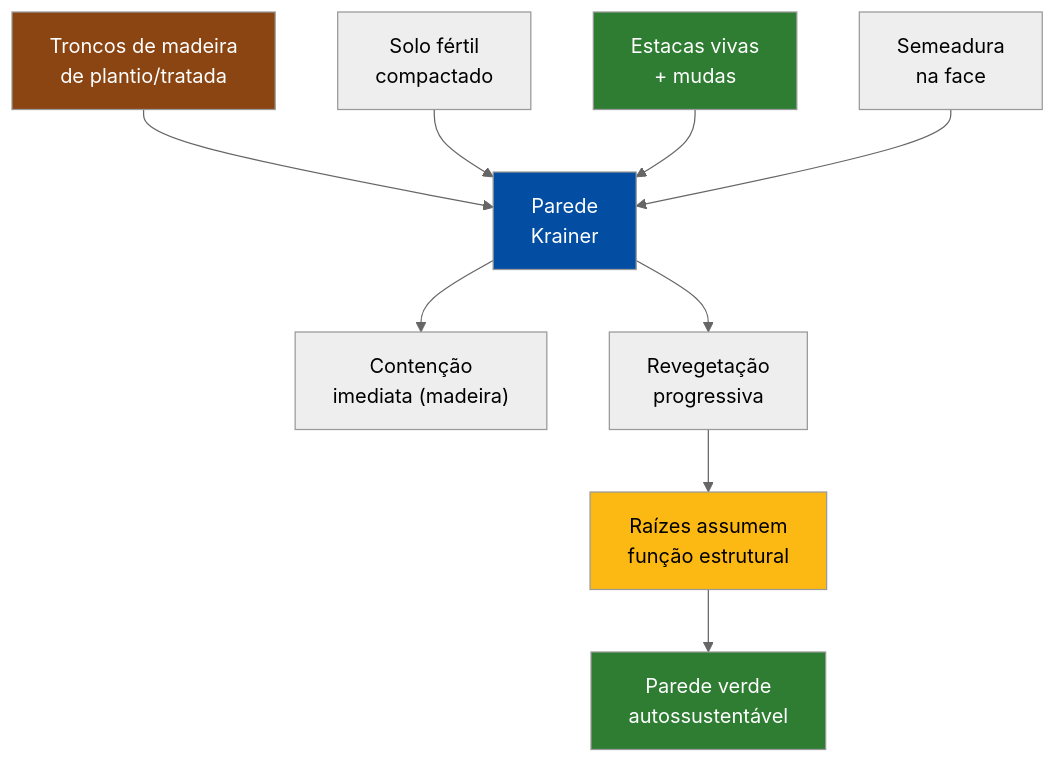
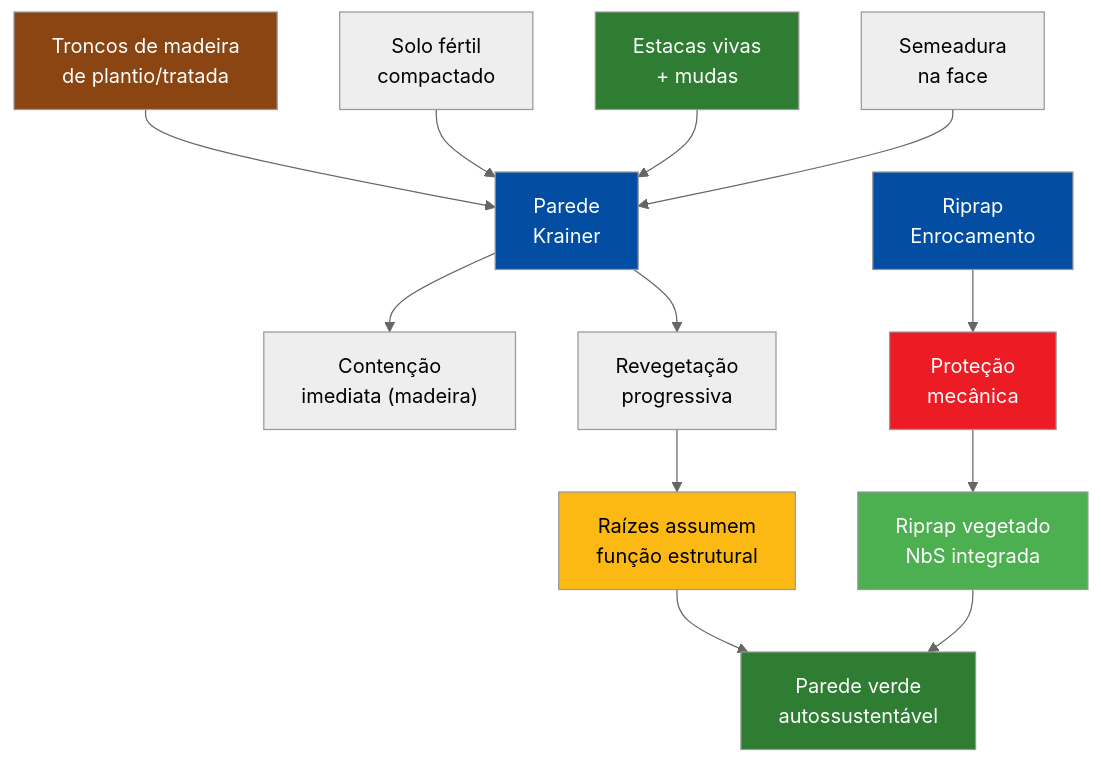
One commit to ldvsantos/cv changed the seventh of 7 diagrams in aulas/bioengenharia_de_solos/aulas/aula16_parede_krainer/aula16_parede_krainer.qmd. Above: the diagram before and after it, drawn with Mermaid (neutral theme). The commit also changed other lines of this file and 4 other files, not shown here.

````diff
--- a/aulas/bioengenharia_de_solos/aulas/aula16_parede_krainer/aula16_parede_krainer.qmd
+++ b/aulas/bioengenharia_de_solos/aulas/aula16_parede_krainer/aula16_parede_krainer.qmd
@@ -609,17 +908,23 @@
 ```{mermaid}
 %%| fig-width: 5
 graph TD
     A["Troncos de madeira<br>de plantio/tratada"] --> E["Parede<br>Krainer"]
     B["Solo fértil<br>compactado"] --> E
     C["Estacas vivas<br>+ mudas"] --> E
     D["Semeadura<br>na face"] --> E
     E --> F["Contenção<br>imediata (madeira)"]
     E --> G["Revegetação<br>progressiva"]
     G --> H["Raízes assumem<br>função estrutural"]
     H --> I["Parede verde<br>autossustentável"]
+    J["Riprap<br>Enrocamento"] --> K["Proteção<br>mecânica"]
+    K --> L["Riprap vegetado<br>NbS integrada"]
+    L --> I
+    style J fill:#034EA2,color:#fff
+    style K fill:#ED1C24,color:#fff
+    style L fill:#4CAF50,color:#fff
     style A fill:#8B4513,color:#fff
     style C fill:#2E7D32,color:#fff
     style E fill:#034EA2,color:#fff
     style H fill:#FDB913,color:#000
     style I fill:#2E7D32,color:#fff
 ```
````
